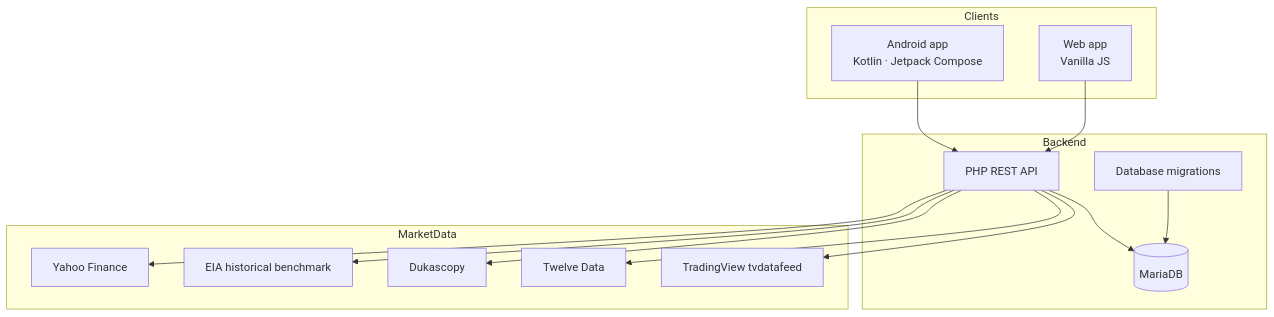
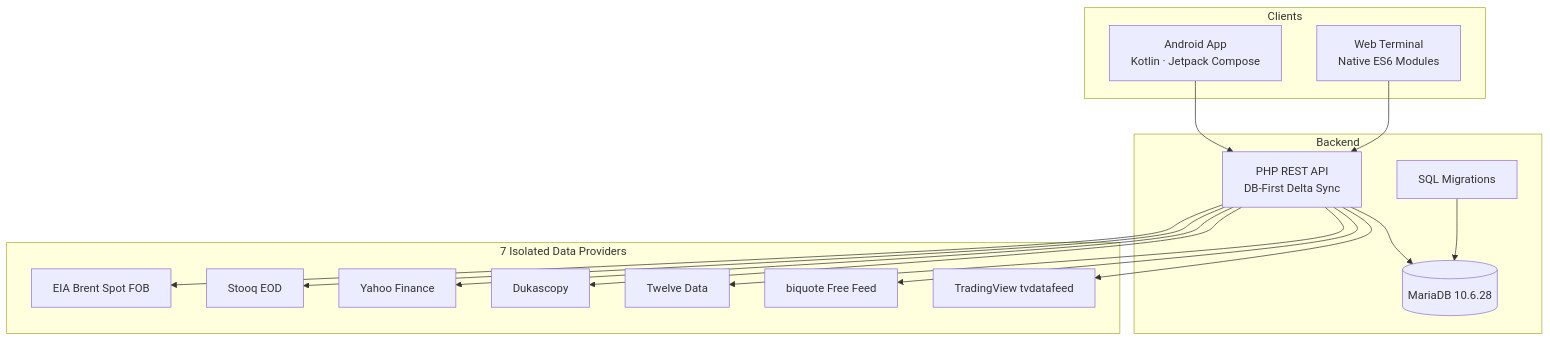
Before and after one commit to manidigit/CHART: the diagram in README.md, drawn with Mermaid. The commit also changed other lines of this file and 80 other files, not shown here.

````diff
--- a/README.md
+++ b/README.md
@@ -71,31 +69,35 @@
 ```mermaid
 flowchart TB
     subgraph Clients
-      A[Android app<br/>Kotlin · Jetpack Compose]
-      W[Web app<br/>Vanilla JS]
+      A[Android App<br/>Kotlin · Jetpack Compose]
+      W[Web Terminal<br/>Native ES6 Modules]
     end
 
     subgraph Backend
-      API[PHP REST API]
-      DB[(MariaDB)]
-      MIG[Database migrations]
+      API[PHP REST API<br/>DB-First Delta Sync]
+      DB[(MariaDB 10.6.28)]
+      MIG[SQL Migrations]
     end
 
-    subgraph MarketData
+    subgraph MarketData[7 Isolated Data Providers]
       TV[TradingView tvdatafeed]
+      BQ[biquote Free Feed]
       TD[Twelve Data]
       DK[Dukascopy]
-      EIA[EIA historical benchmark]
       YF[Yahoo Finance]
+      SQ[Stooq EOD]
+      EIA[EIA Brent Spot FOB]
     end
 
     A --> API
     W --> API
     API --> DB
     MIG --> DB
     API --> TV
+    API --> BQ
     API --> TD
     API --> DK
+    API --> YF
+    API --> SQ
     API --> EIA
-    API --> YF
 ```
````
